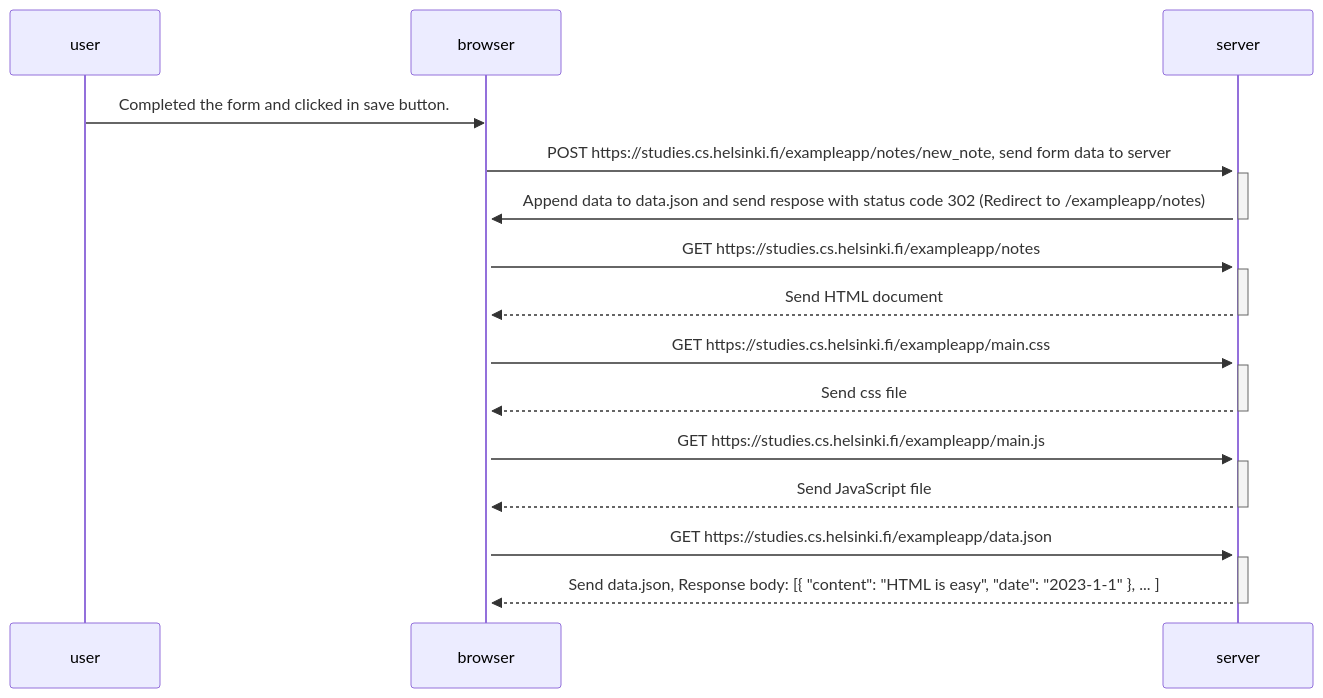
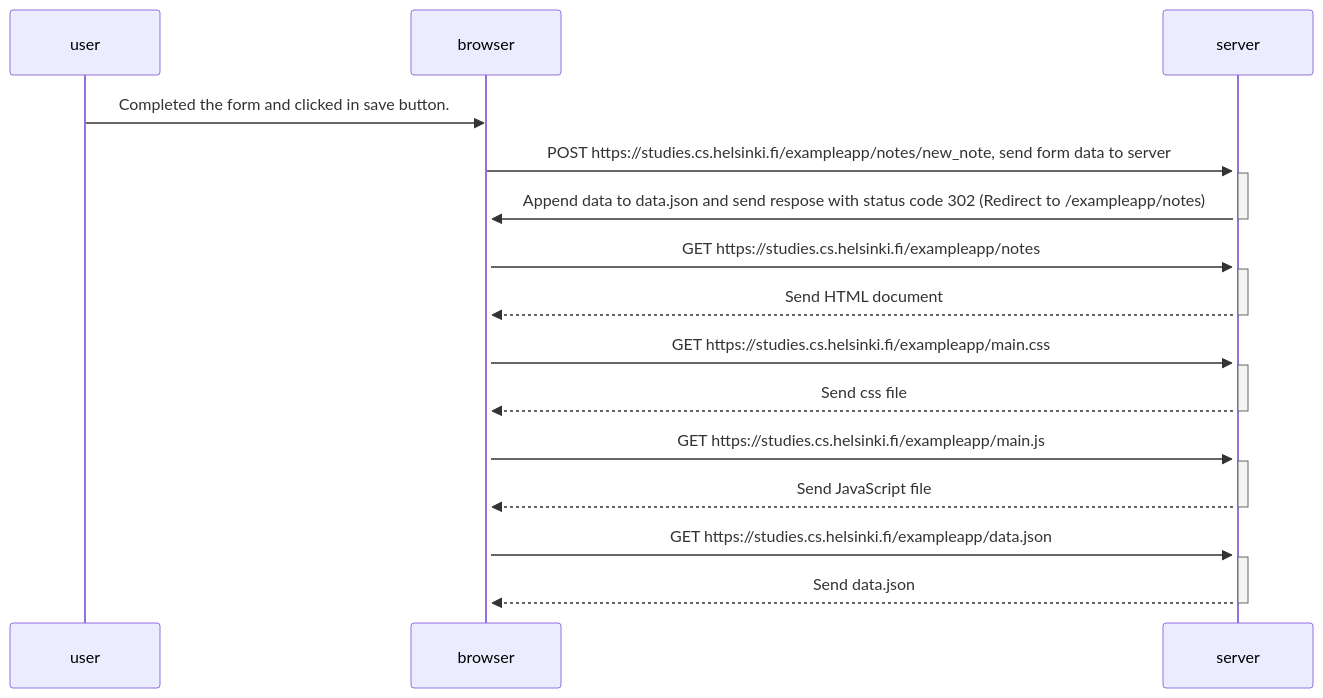
The diagram in part0/04/README.md (frank0389/fullstack-helsinki-submission-repository), drawn with Mermaid before and after one commit. The commit also changed 1 other file, not shown here.

Commit message:
update part 0 readme

````diff
--- a/part0/04/README.md
+++ b/part0/04/README.md
@@ -1,25 +1,24 @@
  ```mermaid
  sequenceDiagram
     user->>browser: Completed the form and clicked in save button. 
     browser->>+server: POST https://studies.cs.helsinki.fi/exampleapp/notes/new_note, send form data to server
     activate server
     server->>+browser: Append data to data.json and send respose with status code 302 (Redirect to  /exampleapp/notes)
     deactivate server
     browser->>server: GET https://studies.cs.helsinki.fi/exampleapp/notes
     activate server
     server-->>browser: Send HTML document
     deactivate server
     browser->>server: GET https://studies.cs.helsinki.fi/exampleapp/main.css
     activate server
     server-->>browser: Send css file
     deactivate server
     browser->>server: GET https://studies.cs.helsinki.fi/exampleapp/main.js
     activate server
     server-->>browser: Send JavaScript file
     deactivate server
     browser->>server: GET https://studies.cs.helsinki.fi/exampleapp/data.json
     activate server
-    server-->>browser: Send data.json, Response body: [{ "content": "HTML is easy", "date": "2023-1-1" }, ... ]
+    server-->>browser: Send data.json
     deactivate server
-
 ```
````
